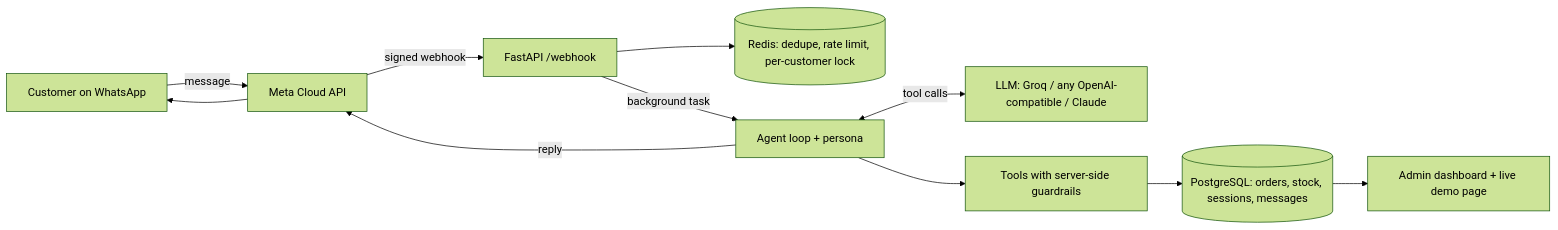
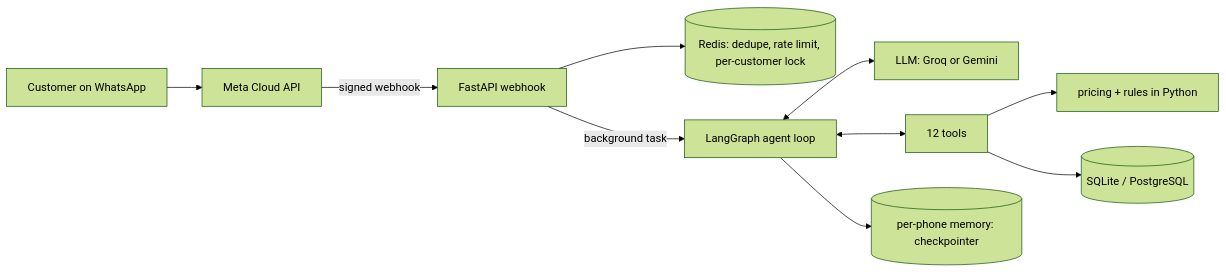
Before and after one commit to abdurrafaykhann/sweet-crumbs-whatsapp-agent: the diagram in README.md, drawn with Mermaid (forest theme). The commit also changed other lines of this file and 41 other files, not shown here.

````diff
--- a/README.md
+++ b/README.md
@@ -12,12 +7,12 @@
 ```mermaid
 flowchart LR
-  C[Customer on WhatsApp] -->|message| M[Meta Cloud API]
-  M -->|signed webhook| W[FastAPI /webhook]
+  C[Customer on WhatsApp] --> M[Meta Cloud API]
+  M -->|signed webhook| W[FastAPI webhook]
   W --> R[(Redis: dedupe, rate limit, per-customer lock)]
-  W -->|background task| A[Agent loop + persona]
-  A <-->|tool calls| L[LLM: Groq / any OpenAI-compatible / Claude]
-  A --> T[Tools with server-side guardrails]
-  T --> P[(PostgreSQL: orders, stock, sessions, messages)]
-  A -->|reply| M --> C
-  P --> D[Admin dashboard + live demo page]
+  W -->|background task| A[LangGraph agent loop]
+  A <--> L[LLM: Groq or Gemini]
+  A <--> T[12 tools]
+  T --> P[pricing + rules in Python]
+  T --> D[(SQLite / PostgreSQL)]
+  A --> K[(per-phone memory: checkpointer)]
 ```
````
